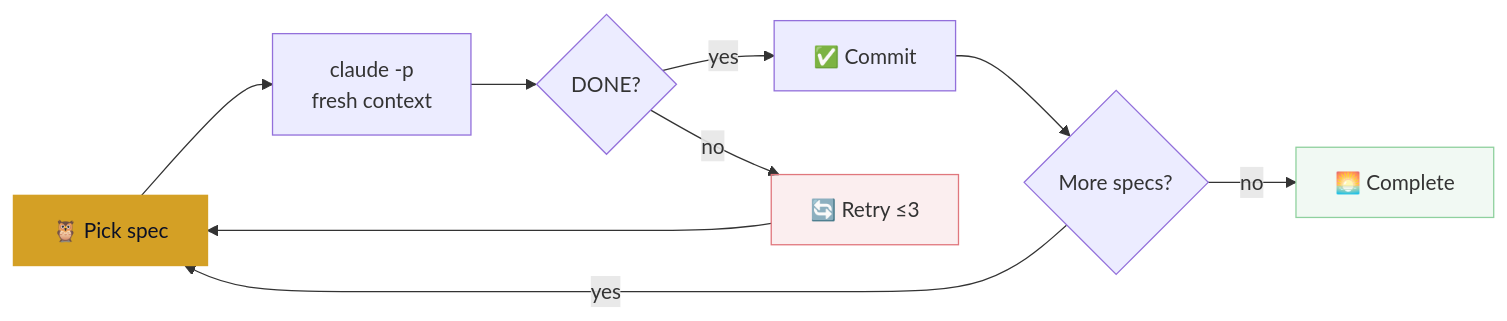
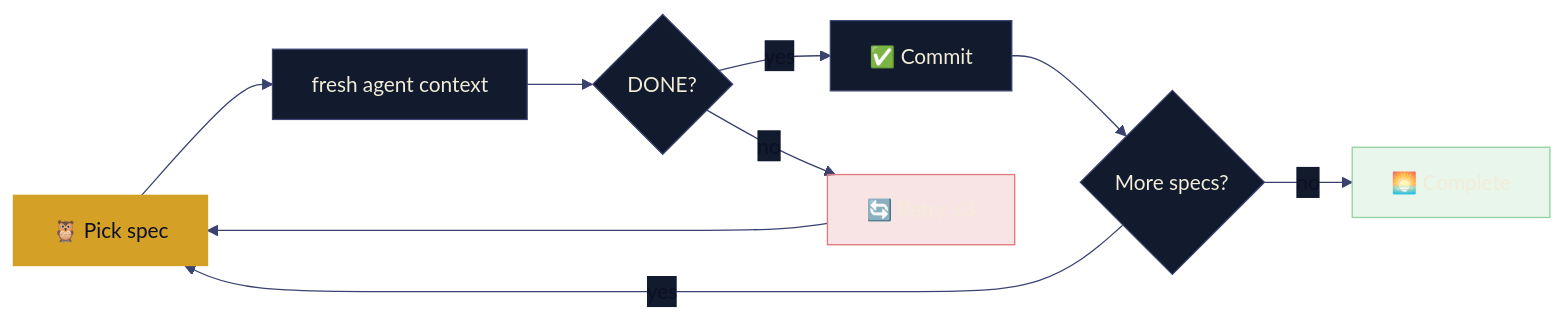
One commit to caoergou/owloop changed the diagram in README.md. Above: the diagram before and after it, drawn with Mermaid.

Commit message:
style(readme): unify Mermaid diagram with owloop brand theme
- Apply %%{init}%% theme variables (amber/night/dim-blue/moon-white)
- Add classDef classes for owl, done, retry, and neutral nodes
- Replace per-node style declarations with :::className syntax
- Make agent step text agent-agnostic (fresh agent context)

````diff
--- a/README.md
+++ b/README.md
@@ -71,13 +71,15 @@
 ```mermaid
+%%{init: {'theme': 'base', 'themeVariables': { 'primaryColor': '#d4a025', 'primaryTextColor': '#0b1026', 'primaryBorderColor': '#3a4270', 'lineColor': '#3a4270', 'secondaryColor': '#121a2e', 'tertiaryColor': '#121a2e', 'fontFamily': 'Inter, system-ui, sans-serif' }}}%%
 graph LR
-    A["🦉 Pick spec"] --> B["claude -p<br/>fresh context"]
-    B --> C{"DONE?"}
-    C -- yes --> D["✅ Commit"] --> E{"More specs?"}
-    C -- no --> R["🔄 Retry ≤3"] --> A
+    A["🦉 Pick spec"]:::owl --> B["fresh agent context"]:::neutral
+    B --> C{"DONE?"}:::neutral
+    C -- yes --> D["✅ Commit"]:::neutral --> E{"More specs?"}:::neutral
+    C -- no --> R["🔄 Retry ≤3"]:::retry --> A
     E -- yes --> A
-    E -- no --> F["🌅 Complete"]
+    E -- no --> F["🌅 Complete"]:::done
 
-    style A fill:#d4a025,color:#0b1026,stroke:#d4a025
-    style F fill:#8fd19e20,stroke:#8fd19e
-    style R fill:#e0777d20,stroke:#e0777d
+    classDef owl fill:#d4a025,stroke:#d4a025,color:#0b1026
+    classDef done fill:#8fd19e33,stroke:#8fd19e,color:#f2ecd8
+    classDef retry fill:#e0777d33,stroke:#e0777d,color:#f2ecd8
+    classDef neutral fill:#121a2e,stroke:#3a4270,color:#f2ecd8
 ```
````
